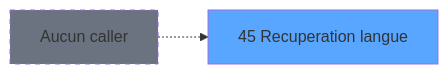
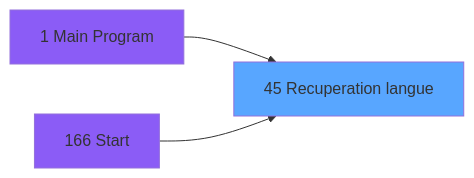
Before and after one commit to thonyAGP/lecteur-magic: the second of 3 diagrams in .openspec/specs/ADH-IDE-45.md, drawn with Mermaid. The commit also changed other lines of this file and 493 other files, not shown here.

````diff
--- a/.openspec/specs/ADH-IDE-45.md
+++ b/.openspec/specs/ADH-IDE-45.md
@@ -178,8 +179,11 @@
 ```mermaid
 graph LR
     T45[45 Recuperation langue]
     style T45 fill:#58a6ff
-    NONE[Aucun caller]
-    NONE -.-> T45
-    style NONE fill:#6b7280,stroke-dasharray: 5 5
+    CC166[166 Start]
+    style CC166 fill:#8b5cf6
+    CC1[1 Main Program]
+    style CC1 fill:#8b5cf6
+    CC1 --> T45
+    CC166 --> T45
 ```
````
